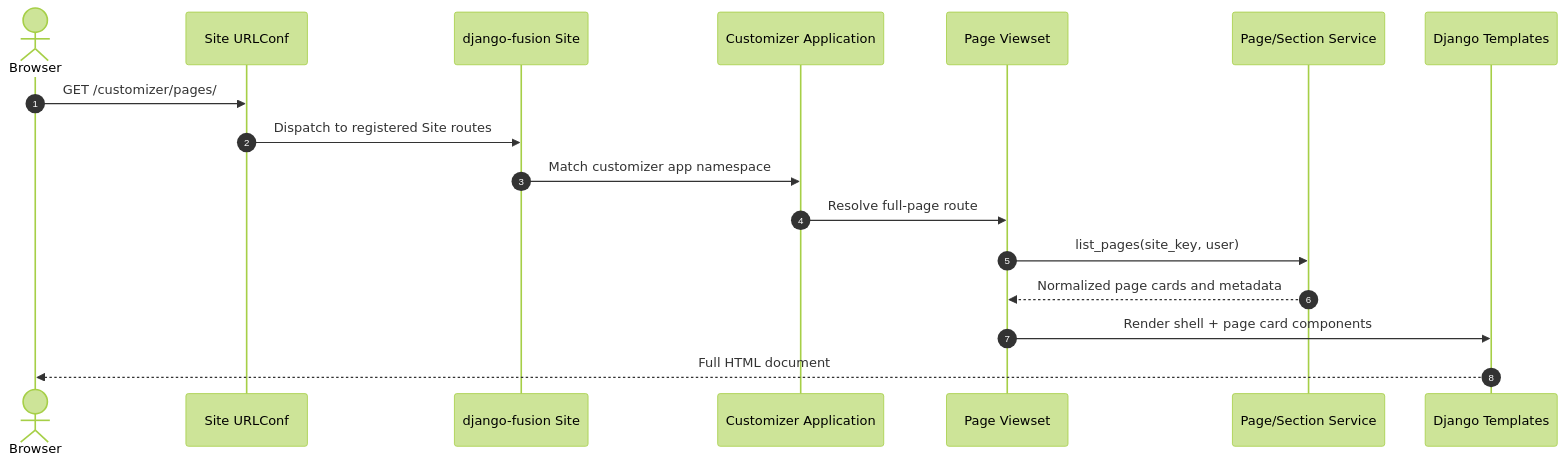
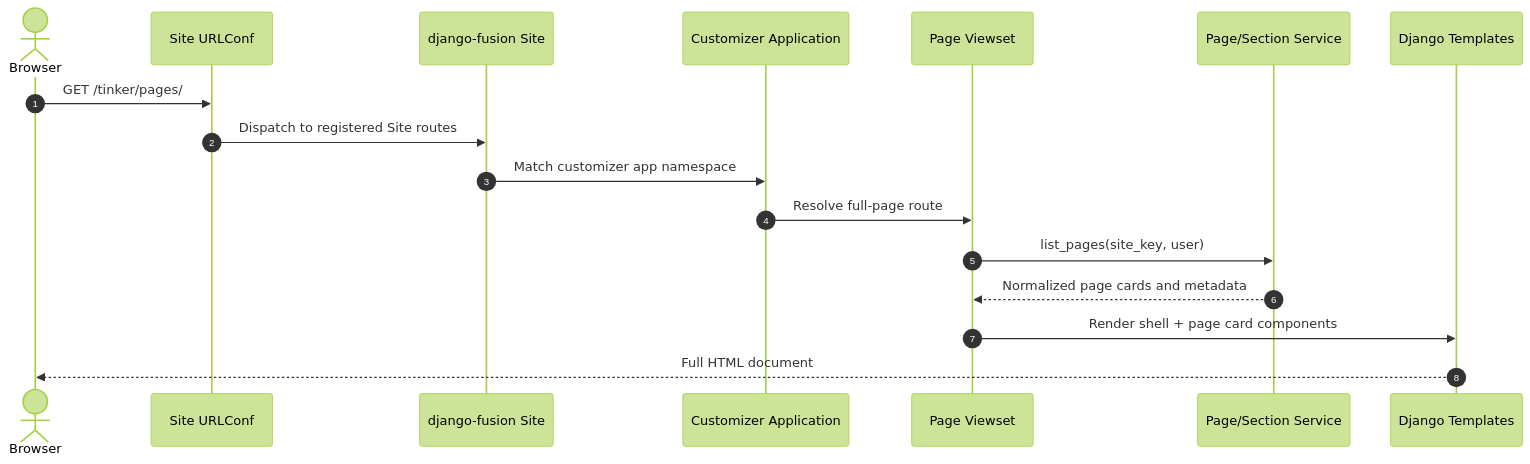
The first of 3 diagrams in docs/guides/customizer-django-fusion-components.md (mammhoud/django-fusion), drawn with Mermaid (forest theme) before and after one commit. The commit also changed other lines of this file and 231 other files, not shown here.

````diff
--- a/docs/guides/customizer-django-fusion-components.md
+++ b/docs/guides/customizer-django-fusion-components.md
@@ -91,20 +91,20 @@
 ```mermaid
 sequenceDiagram
     autonumber
     actor Browser
     participant URLConf as Site URLConf
     participant Site as django-fusion Site
     participant App as Customizer Application
     participant Viewset as Page Viewset
     participant Service as Page/Section Service
     participant Templates as Django Templates
 
-    Browser->>URLConf: GET /customizer/pages/
+    Browser->>URLConf: GET /tinker/pages/
     URLConf->>Site: Dispatch to registered Site routes
     Site->>App: Match customizer app namespace
     App->>Viewset: Resolve full-page route
     Viewset->>Service: list_pages(site_key, user)
     Service-->>Viewset: Normalized page cards and metadata
     Viewset->>Templates: Render shell + page card components
     Templates-->>Browser: Full HTML document
 ```
````
